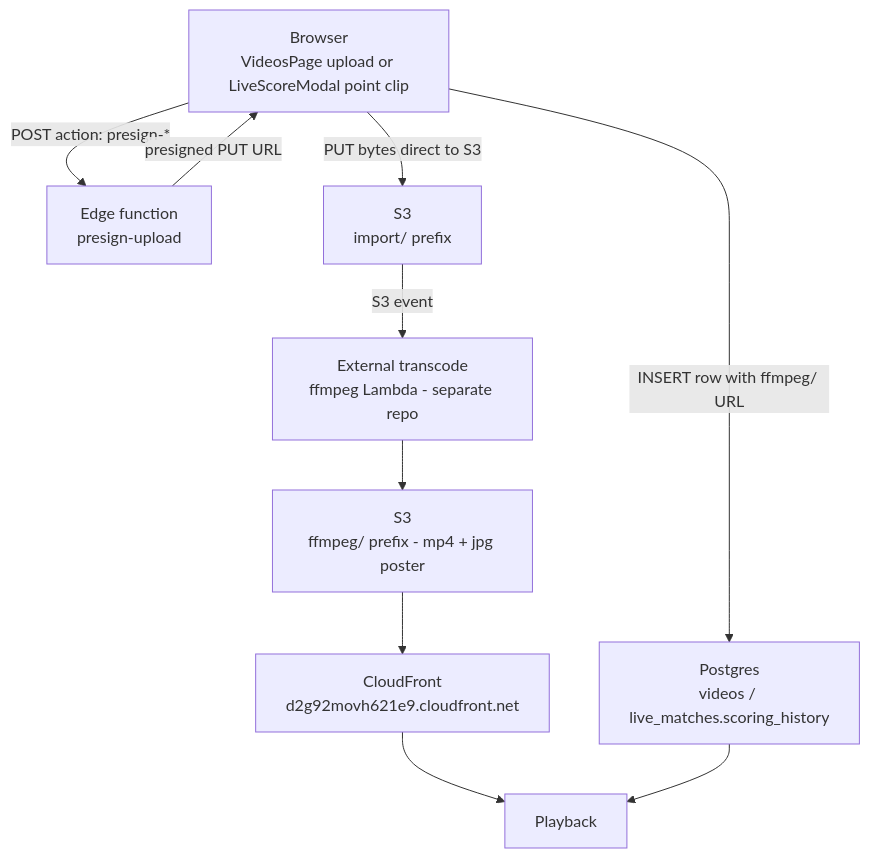
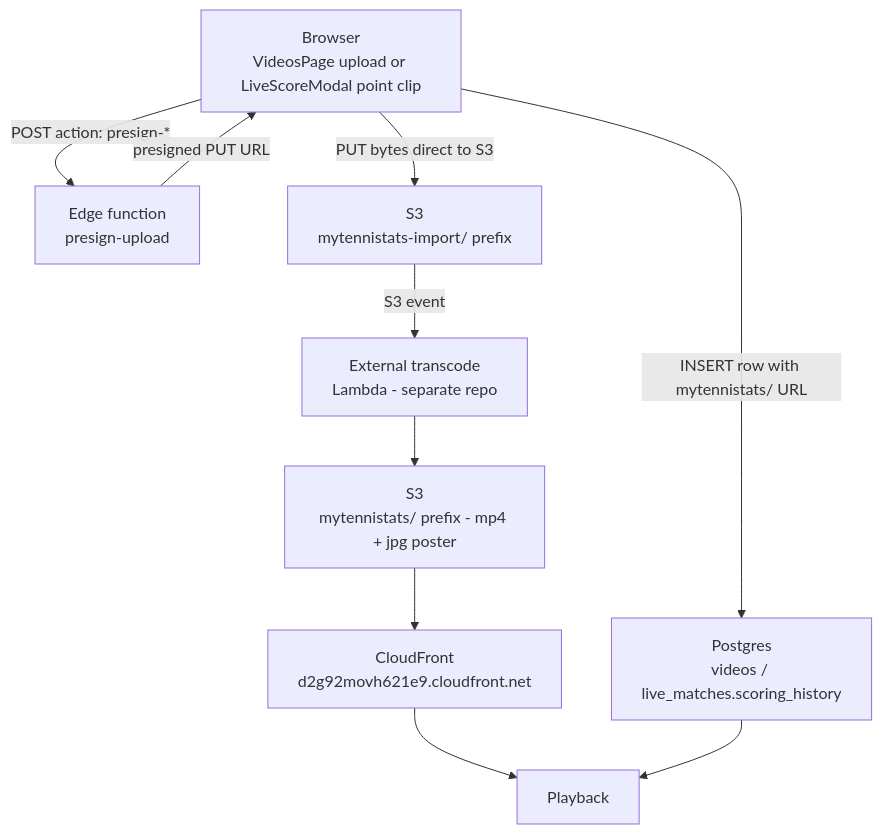
The diagram in README.md (eaudor-bolt/mytennistats-prod), drawn with Mermaid before and after one commit. The commit also changed other lines of this file and 2 other files, not shown here.

````diff
--- a/README.md
+++ b/README.md
@@ -174,12 +174,12 @@
 ```mermaid
 flowchart TD
     A["Browser<br/>VideosPage upload or LiveScoreModal point clip"] -->|"POST action: presign-*"| B["Edge function<br/>presign-upload"]
     B -->|"presigned PUT URL"| A
-    A -->|"PUT bytes direct to S3"| C["S3<br/>import/ prefix"]
-    C -->|"S3 event"| D["External transcode<br/>ffmpeg Lambda - separate repo"]
-    D --> E["S3<br/>ffmpeg/ prefix - mp4 + jpg poster"]
+    A -->|"PUT bytes direct to S3"| C["S3<br/>mytennistats-import/ prefix"]
+    C -->|"S3 event"| D["External transcode<br/>Lambda - separate repo"]
+    D --> E["S3<br/>mytennistats/ prefix - mp4 + jpg poster"]
     E --> F["CloudFront<br/>d2g92movh621e9.cloudfront.net"]
-    A -->|"INSERT row with ffmpeg/ URL"| G["Postgres<br/>videos / live_matches.scoring_history"]
+    A -->|"INSERT row with mytennistats/ URL"| G["Postgres<br/>videos / live_matches.scoring_history"]
     F --> H["Playback"]
     G --> H
 ```
````
